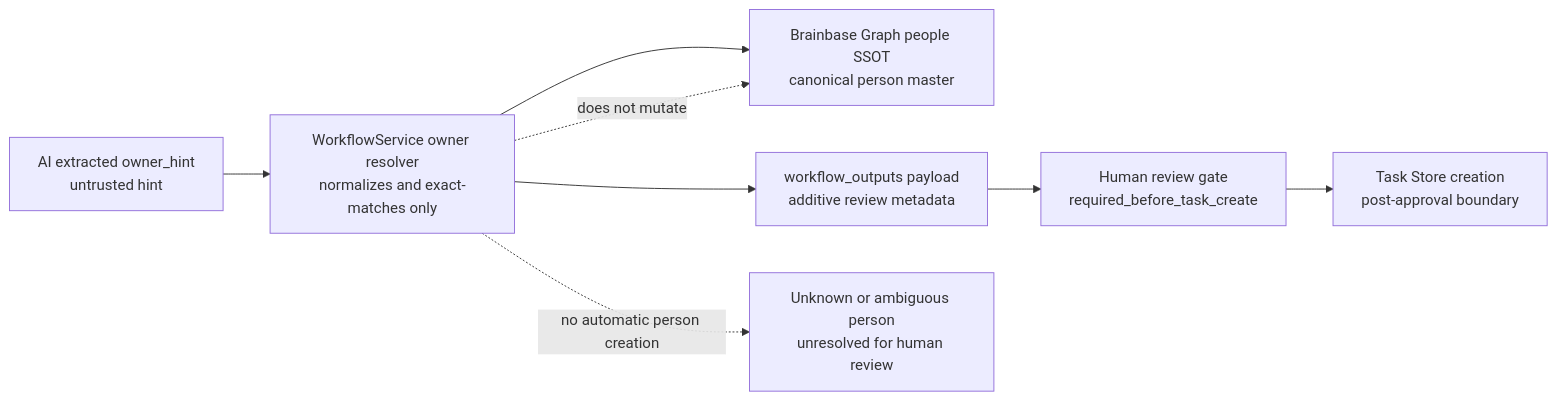
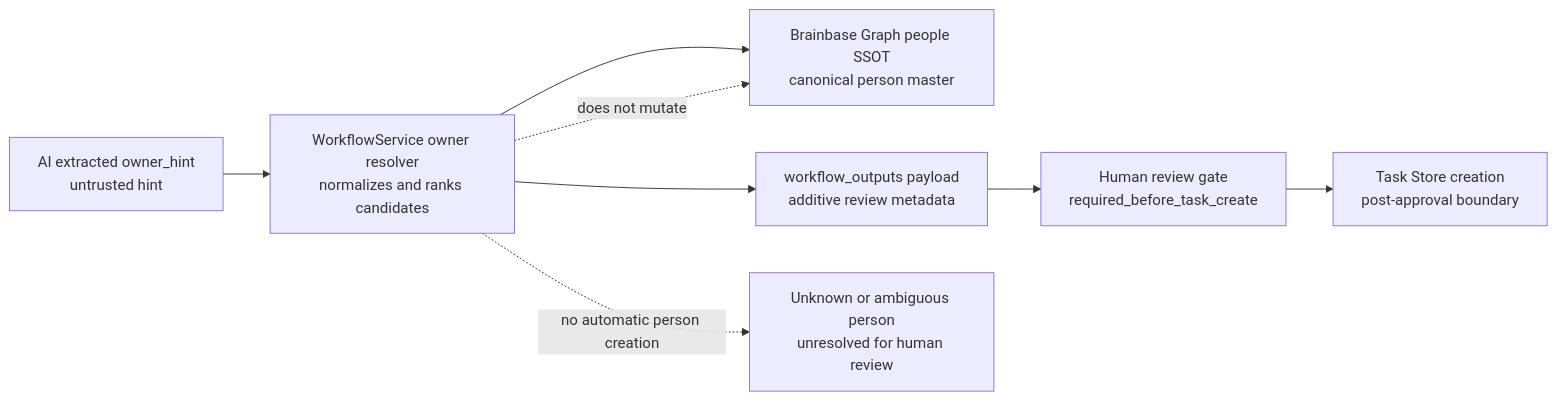
The third of 3 diagrams in docs/architecture/meeting-task-owner-ssot-resolution-architecture.md (Unson-LLC/brainbase), drawn with Mermaid before and after one commit. The commit also changed other lines of this file and 8 other files, not shown here.

````diff
--- a/docs/architecture/meeting-task-owner-ssot-resolution-architecture.md
+++ b/docs/architecture/meeting-task-owner-ssot-resolution-architecture.md
@@ -51,10 +61,10 @@
 ```mermaid
 flowchart LR
-  ai["AI extracted owner_hint<br/>untrusted hint"] --> resolver["WorkflowService owner resolver<br/>normalizes and exact-matches only"]
+  ai["AI extracted owner_hint<br/>untrusted hint"] --> resolver["WorkflowService owner resolver<br/>normalizes and ranks candidates"]
   resolver --> ssot["Brainbase Graph people SSOT<br/>canonical person master"]
   resolver --> output["workflow_outputs payload<br/>additive review metadata"]
   output --> gate["Human review gate<br/>required_before_task_create"]
   gate --> task["Task Store creation<br/>post-approval boundary"]
   resolver -. "no automatic person creation" .-> blocked["Unknown or ambiguous person<br/>unresolved for human review"]
   resolver -. "does not mutate" .-> ssot
 ```
````
